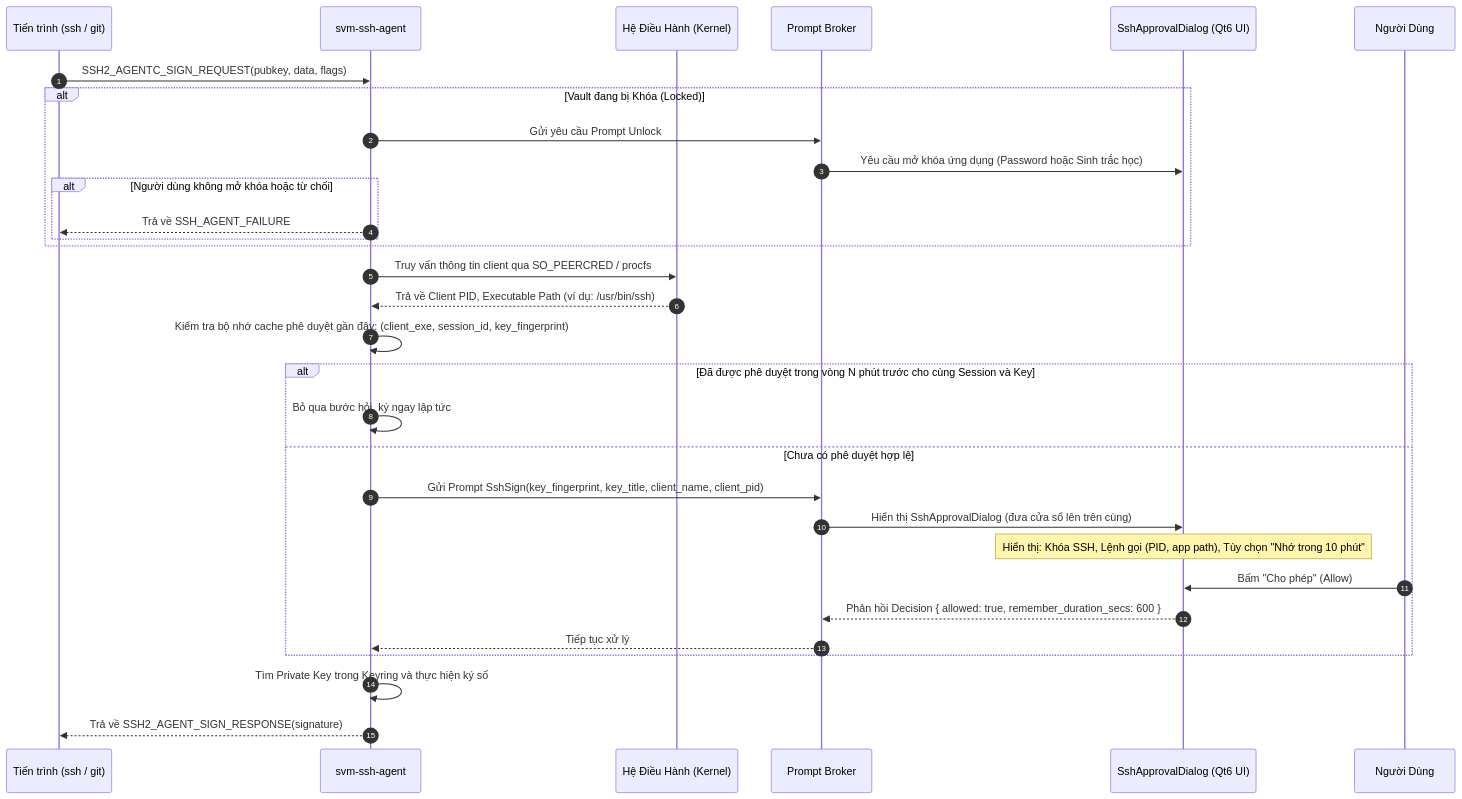
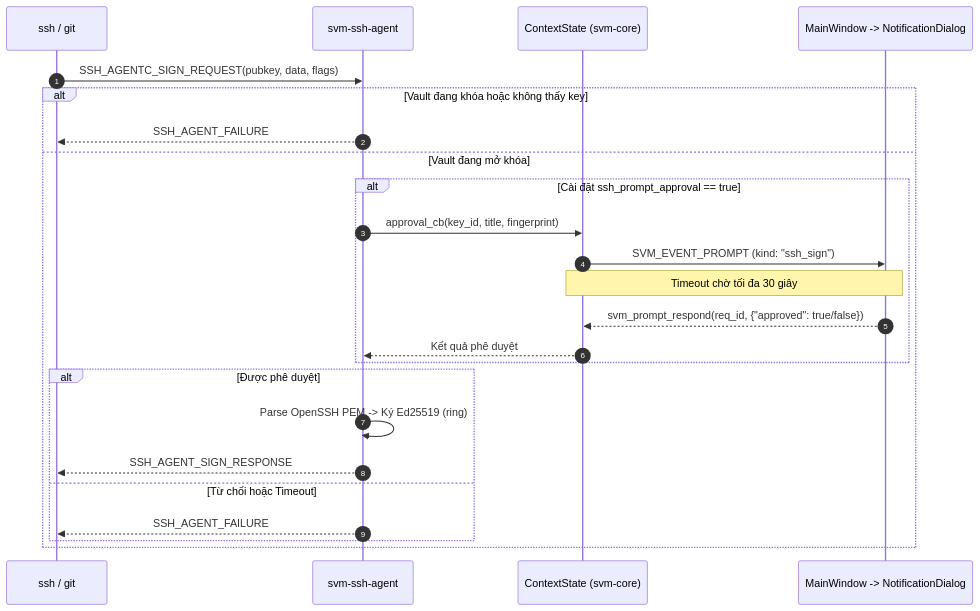
The diagram in docs/08. SSH Agent Protocol.md (hephaestus-developers/secure-vault-manager), drawn with Mermaid before and after one commit. The commit also changed other lines of this file and 11 other files, not shown here.

````diff
--- a/docs/08. SSH Agent Protocol.md
+++ b/docs/08. SSH Agent Protocol.md
@@ -109,34 +54,27 @@
 ```mermaid
 sequenceDiagram
     autonumber
-    participant Client as Tiến trình (ssh / git)
+    participant Client as ssh / git
     participant Agent as svm-ssh-agent
-    participant Peer as Hệ Điều Hành (Kernel)
-    participant Broker as Prompt Broker
-    participant UI as SshApprovalDialog (Qt6 UI)
-    participant User as Người Dùng
+    participant Core as ContextState (svm-core)
+    participant UI as MainWindow -> NotificationDialog
 
-    Client->>Agent: SSH2_AGENTC_SIGN_REQUEST(pubkey, data, flags)
-    alt Vault đang bị Khóa (Locked)
-        Agent->>Broker: Gửi yêu cầu Prompt Unlock
-        Broker->>UI: Yêu cầu mở khóa ứng dụng (Password hoặc Sinh trắc học)
-        alt Người dùng không mở khóa hoặc từ chối
-            Agent-->>Client: Trả về SSH_AGENT_FAILURE
+    Client->>Agent: SSH_AGENTC_SIGN_REQUEST(pubkey, data, flags)
+    alt Vault đang khóa hoặc không thấy key
+        Agent-->>Client: SSH_AGENT_FAILURE
+    else Vault đang mở khóa
+        alt Cài đặt ssh_prompt_approval == true
+            Agent->>Core: approval_cb(key_id, title, fingerprint)
+            Core->>UI: SVM_EVENT_PROMPT (kind: "ssh_sign")
+            Note over Core,UI: Timeout chờ tối đa 30 giây
+            UI-->>Core: svm_prompt_respond(req_id, {"approved": true/false})
+            Core-->>Agent: Kết quả phê duyệt
+        end
+        alt Được phê duyệt
+            Agent->>Agent: Parse OpenSSH PEM -> Ký Ed25519 (ring)
+            Agent-->>Client: SSH_AGENT_SIGN_RESPONSE
+        else Từ chối hoặc Timeout
+            Agent-->>Client: SSH_AGENT_FAILURE
         end
     end
-    Agent->>Peer: Truy vấn thông tin client qua SO_PEERCRED / procfs
-    Peer-->>Agent: Trả về Client PID, Executable Path (ví dụ: /usr/bin/ssh)
-    Agent->>Agent: Kiểm tra bộ nhớ cache phê duyệt gần đây: (client_exe, session_id, key_fingerprint)
-    alt Đã được phê duyệt trong vòng N phút trước cho cùng Session và Key
-        Agent->>Agent: Bỏ qua bước hỏi, ký ngay lập tức
-    else Chưa có phê duyệt hợp lệ
-        Agent->>Broker: Gửi Prompt SshSign(key_fingerprint, key_title, client_name, client_pid)
-        Broker->>UI: Hiển thị SshApprovalDialog (đưa cửa sổ lên trên cùng)
-        Note over UI: Hiển thị: Khóa SSH, Lệnh gọi (PID, app path), Tùy chọn "Nhớ trong 10 phút"
-        User->>UI: Bấm "Cho phép" (Allow)
-        UI-->>Broker: Phản hồi Decision { allowed: true, remember_duration_secs: 600 }
-        Broker-->>Agent: Tiếp tục xử lý
-    end
-    Agent->>Agent: Tìm Private Key trong Keyring và thực hiện ký số
-    Agent-->>Client: Trả về SSH2_AGENT_SIGN_RESPONSE(signature)
 ```
````
